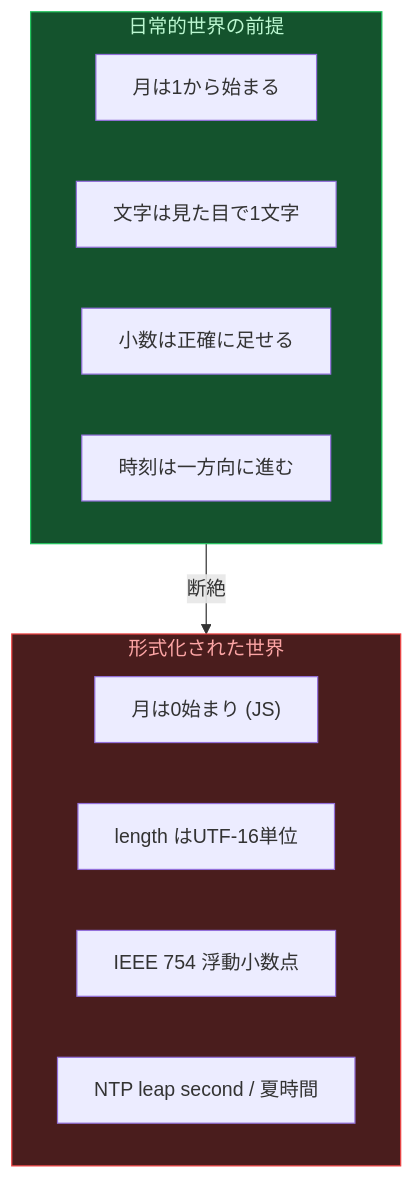
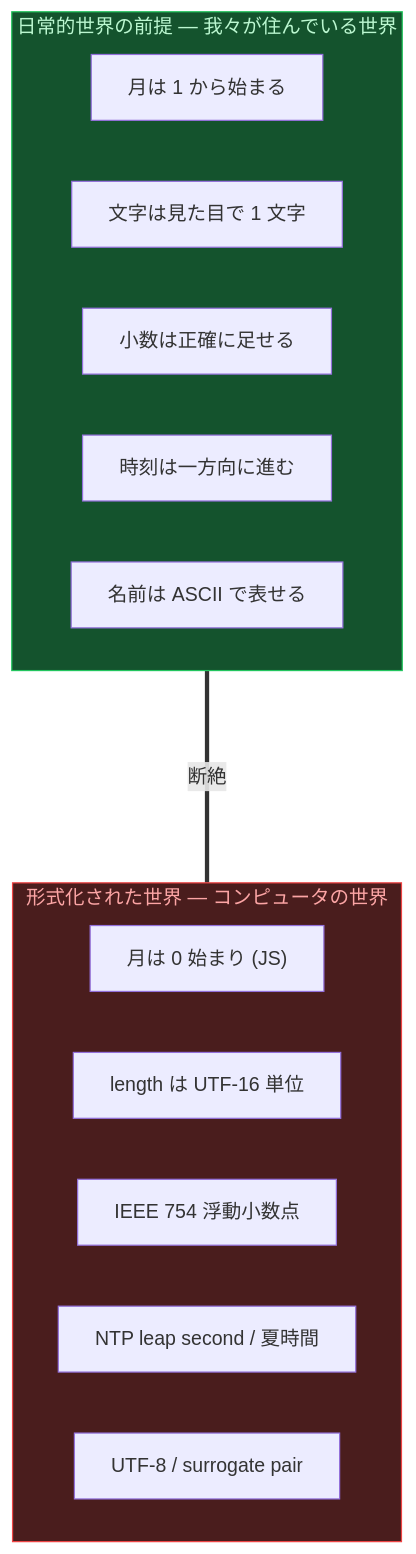
Before and after one commit to ohyesiamy/web-anomaly-detector: the fourth of 13 diagrams in ABSTRACT.md, drawn with Mermaid. The commit also changed other lines of this file and 1 other file, not shown here.

First line of the commit message:
docs: Mermaid ダイアグラムでビジュアル大幅強化

````diff
--- a/ABSTRACT.md
+++ b/ABSTRACT.md
@@ -121,21 +153,23 @@
 ```mermaid
 graph TB
-    subgraph LW["日常的世界の前提"]
-        A1["月は1から始まる"]
-        A2["文字は見た目で1文字"]
+    subgraph LW["日常的世界の前提 — 我々が住んでいる世界"]
+        A1["月は 1 から始まる"]
+        A2["文字は見た目で 1 文字"]
         A3["小数は正確に足せる"]
         A4["時刻は一方向に進む"]
+        A5["名前は ASCII で表せる"]
     end
 
-    subgraph FW["形式化された世界"]
-        B1["月は0始まり (JS)"]
-        B2["length はUTF-16単位"]
+    subgraph FW["形式化された世界 — コンピュータの世界"]
+        B1["月は 0 始まり (JS)"]
+        B2["length は UTF-16 単位"]
         B3["IEEE 754 浮動小数点"]
         B4["NTP leap second / 夏時間"]
+        B5["UTF-8 / surrogate pair"]
     end
 
-    LW -->|"断絶"| FW
+    LW =====|"断絶"| FW
 
     style LW fill:#14532d,stroke:#22c55e,color:#bbf7d0
     style FW fill:#4a1d1d,stroke:#ef4444,color:#fca5a5
 ```
````
